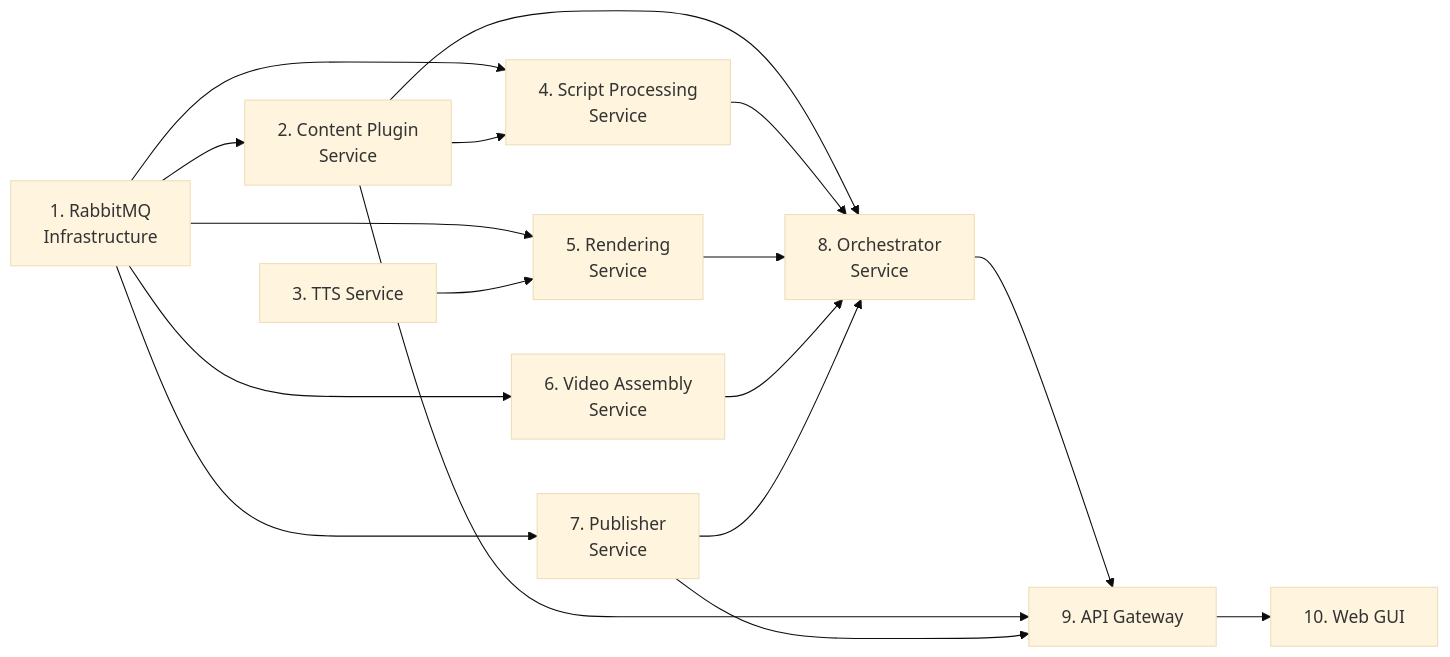
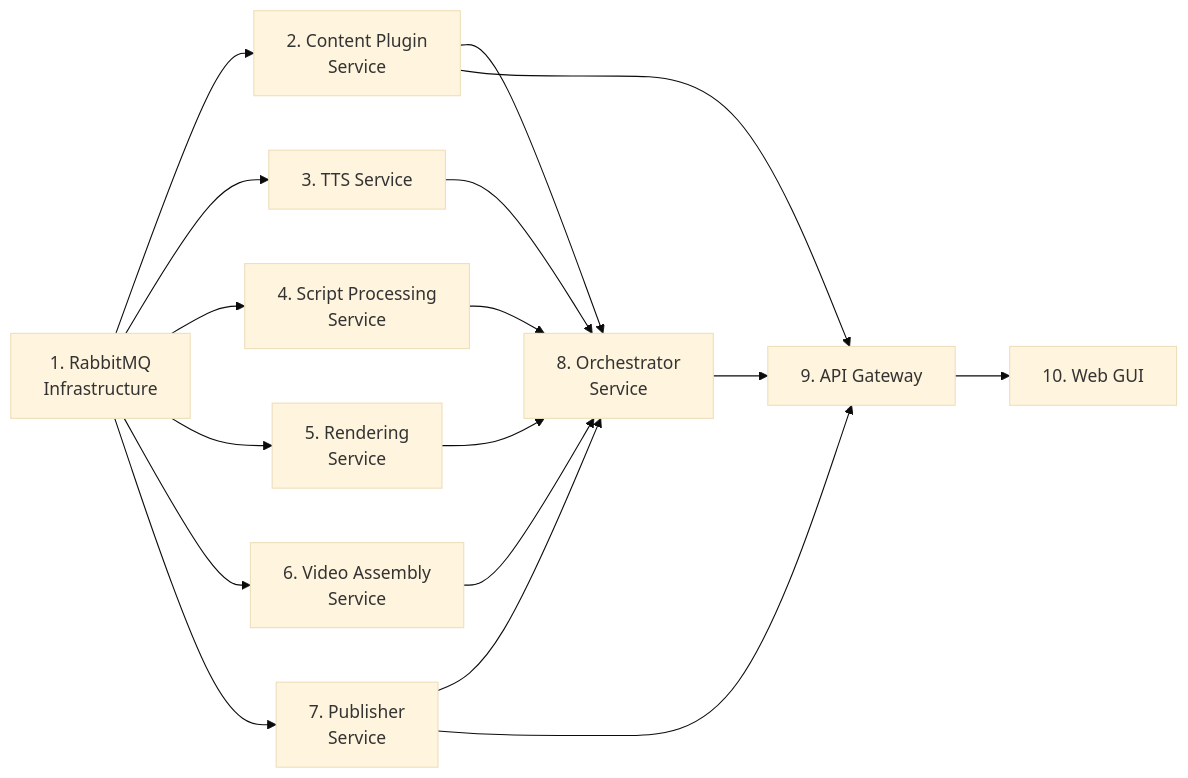
The diagram in aidlc-docs/inception/application-design/unit-of-work-dependency.md (ngoc31031997/ConceptFlow), drawn with Mermaid (base theme) before and after one commit. The commit also changed other lines of this file and 15 other files, not shown here.

````diff
--- a/aidlc-docs/inception/application-design/unit-of-work-dependency.md
+++ b/aidlc-docs/inception/application-design/unit-of-work-dependency.md
@@ -20,30 +22,30 @@
 ```mermaid
 flowchart LR
     U1["1. RabbitMQ<br/>Infrastructure"]
     U3["3. TTS Service"]
     U2["2. Content Plugin<br/>Service"]
     U4["4. Script Processing<br/>Service"]
     U5["5. Rendering<br/>Service"]
     U6["6. Video Assembly<br/>Service"]
     U7["7. Publisher<br/>Service"]
     U8["8. Orchestrator<br/>Service"]
     U9["9. API Gateway"]
     U10["10. Web GUI"]
 
     U1 --> U2
+    U1 --> U3
     U1 --> U4
     U1 --> U5
     U1 --> U6
     U1 --> U7
-    U3 --> U5
-    U2 --> U4
     U2 --> U8
+    U3 --> U8
     U4 --> U8
     U5 --> U8
     U6 --> U8
     U7 --> U8
     U8 --> U9
     U2 --> U9
     U7 --> U9
     U9 --> U10
 ```
````
